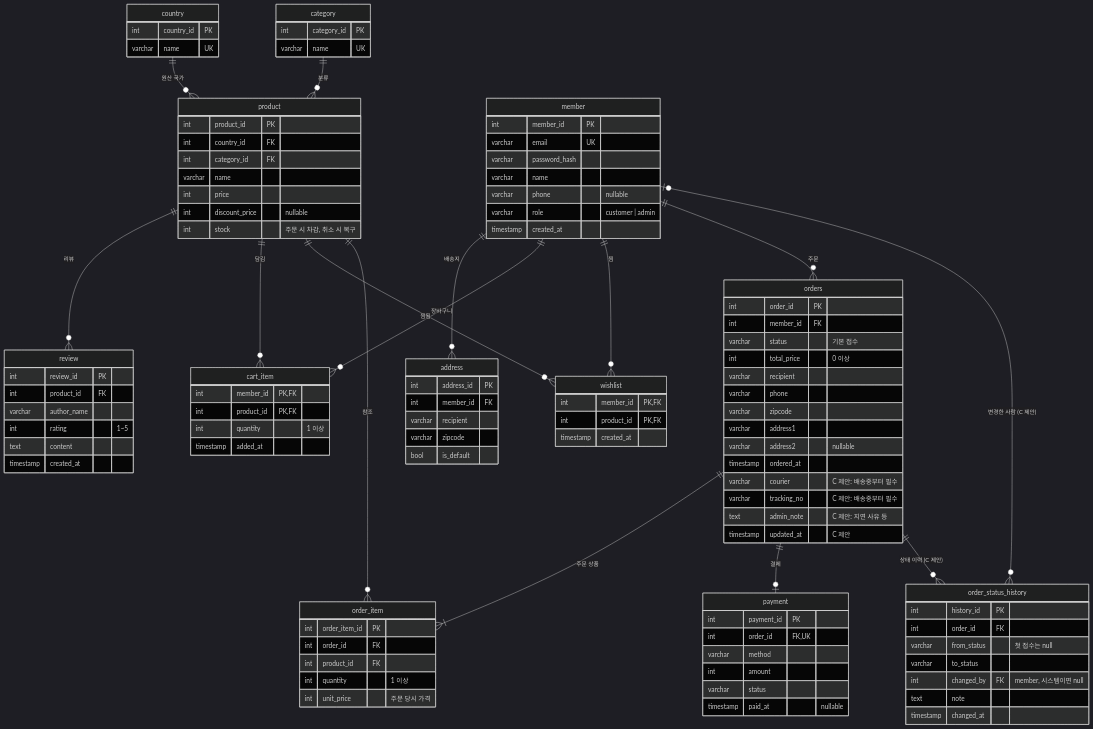
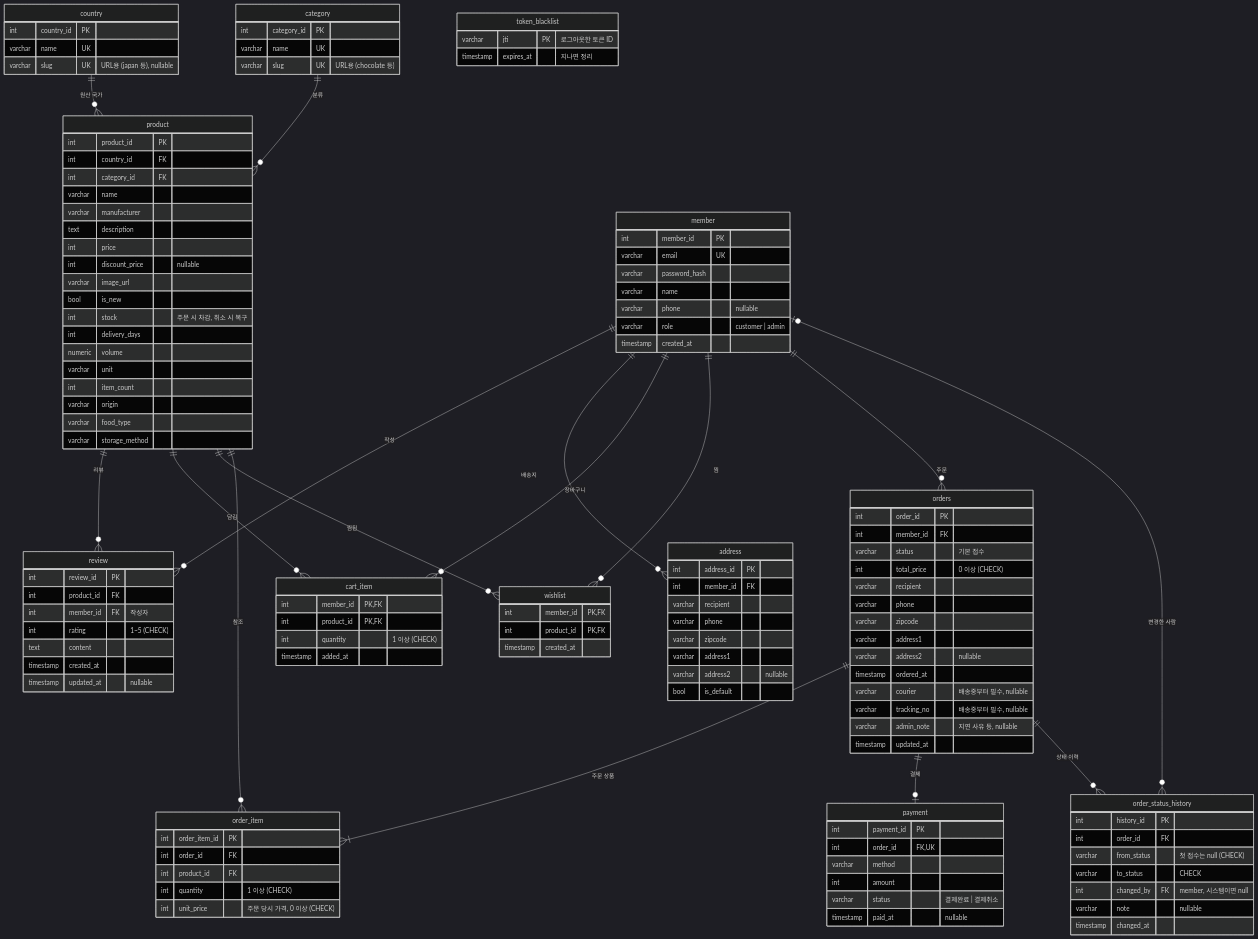
Before and after one commit to jin-park0115/gourmand_shopping_mall: the diagram in docs/ERD.md, drawn with Mermaid (dark theme). The commit also changed other lines of this file, not shown here.

Commit message:
ERD 최신화: 실제 모델 기준 12개 테이블 (slug · 리뷰 회원 연결 · token_blacklist · 반영된 C 제안)

````diff
--- a/docs/ERD.md
+++ b/docs/ERD.md
@@ -10,6 +10,7 @@
     country  ||--o{ product : "원산 국가"
     category ||--o{ product : "분류"
     product  ||--o{ review : "리뷰"
+    member   ||--o{ review : "작성"
     member   ||--o{ address : "배송지"
     member   ||--o{ cart_item : "장바구니"
     product  ||--o{ cart_item : "담김"
@@ -19,33 +20,47 @@
     orders   ||--|{ order_item : "주문 상품"
     product  ||--o{ order_item : "참조"
     orders   ||--o| payment : "결제"
-    orders   ||--o{ order_status_history : "상태 이력 (C 제안)"
-    member   |o--o{ order_status_history : "변경한 사람 (C 제안)"
+    orders   ||--o{ order_status_history : "상태 이력"
+    member   |o--o{ order_status_history : "변경한 사람"
 
     country {
         int country_id PK
         varchar name UK
+        varchar slug UK "URL용 (japan 등), nullable"
     }
     category {
         int category_id PK
         varchar name UK
+        varchar slug UK "URL용 (chocolate 등)"
     }
     product {
         int product_id PK
         int country_id FK
         int category_id FK
         varchar name
+        varchar manufacturer
+        text description
         int price
         int discount_price "nullable"
+        varchar image_url
+        bool is_new
         int stock "주문 시 차감, 취소 시 복구"
+        int delivery_days
+        numeric volume
+        varchar unit
+        int item_count
+        varchar origin
+        varchar food_type
+        varchar storage_method
     }
     review {
         int review_id PK
         int product_id FK
-        varchar author_name
-        int rating "1~5"
+        int member_id FK "작성자"
+        int rating "1~5 (CHECK)"
         text content
         timestamp created_at
+        timestamp updated_at "nullable"
     }
     member {
         int member_id PK
@@ -60,13 +75,16 @@
         int address_id PK
         int member_id FK
         varchar recipient
+        varchar phone
         varchar zipcode
+        varchar address1
+        varchar address2 "nullable"
         bool is_default
     }
     cart_item {
         int member_id PK, FK
         int product_id PK, FK
-        int quantity "1 이상"
+        int quantity "1 이상 (CHECK)"
         timestamp added_at
     }
     wishlist {
@@ -78,40 +96,44 @@
         int order_id PK
         int member_id FK
         varchar status "기본 접수"
-        int total_price "0 이상"
+        int total_price "0 이상 (CHECK)"
         varchar recipient
         varchar phone
         varchar zipcode
         varchar address1
         varchar address2 "nullable"
         timestamp ordered_at
-        varchar courier "C 제안: 배송중부터 필수"
-        varchar tracking_no "C 제안: 배송중부터 필수"
-        text admin_note "C 제안: 지연 사유 등"
-        timestamp updated_at "C 제안"
+        varchar courier "배송중부터 필수, nullable"
+        varchar tracking_no "배송중부터 필수, nullable"
+        varchar admin_note "지연 사유 등, nullable"
+        timestamp updated_at
     }
     order_item {
         int order_item_id PK
         int order_id FK
         int product_id FK
-        int quantity "1 이상"
-        int unit_price "주문 당시 가격"
+        int quantity "1 이상 (CHECK)"
+        int unit_price "주문 당시 가격, 0 이상 (CHECK)"
     }
     payment {
         int payment_id PK
         int order_id FK, UK
         varchar method
         int amount
-        varchar status
+        varchar status "결제완료 | 결제취소"
         timestamp paid_at "nullable"
     }
     order_status_history {
         int history_id PK
         int order_id FK
-        varchar from_status "첫 접수는 null"
-        varchar to_status
+        varchar from_status "첫 접수는 null (CHECK)"
+        varchar to_status "CHECK"
         int changed_by FK "member, 시스템이면 null"
-        text note
+        varchar note "nullable"
         timestamp changed_at
     }
+    token_blacklist {
+        varchar jti PK "로그아웃한 토큰 ID"
+        timestamp expires_at "지나면 정리"
+    }
 ```
````
